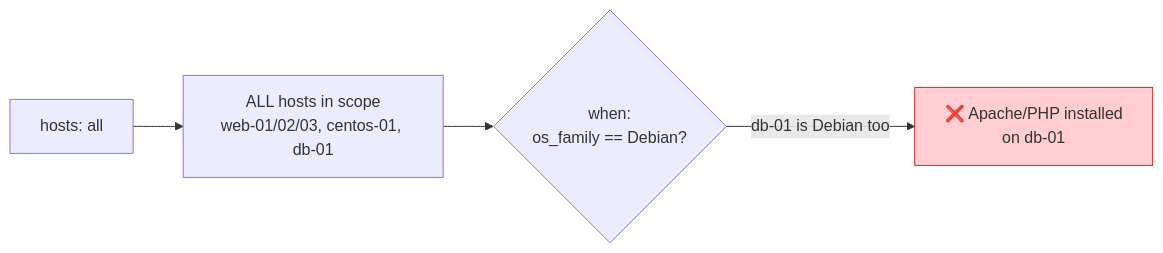
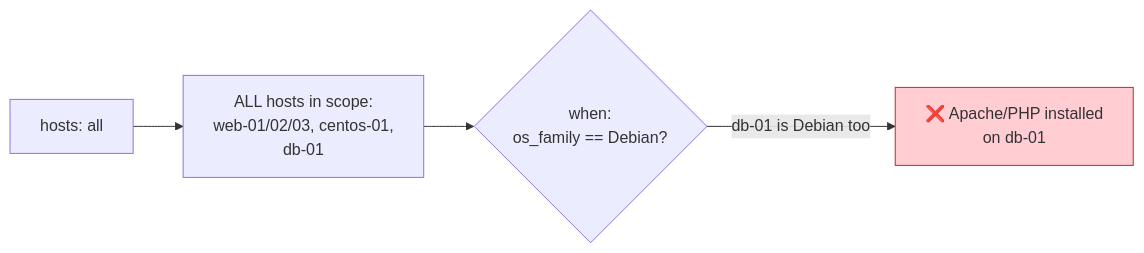
The sixth of 9 diagrams in README.md (Verdhiya/ansible-infrastructure), drawn with Mermaid before and after one commit.

````diff
--- a/README.md
+++ b/README.md
@@ -178,8 +178,8 @@
 ```mermaid
 flowchart LR
-    A["hosts: all"] --> B["ALL hosts in scope<br/>web-01/02/03, centos-01, db-01"]
+    A["hosts: all"] --> B["ALL hosts in scope:<br/>web-01/02/03, centos-01,<br/>db-01"]
     B --> C{"when:<br/>os_family == Debian?"}
     C -->|"db-01 is Debian too"| D["❌ Apache/PHP installed<br/>on db-01"]
 
     style D fill:#ffcdd2,stroke:#c62828
 ```
````
